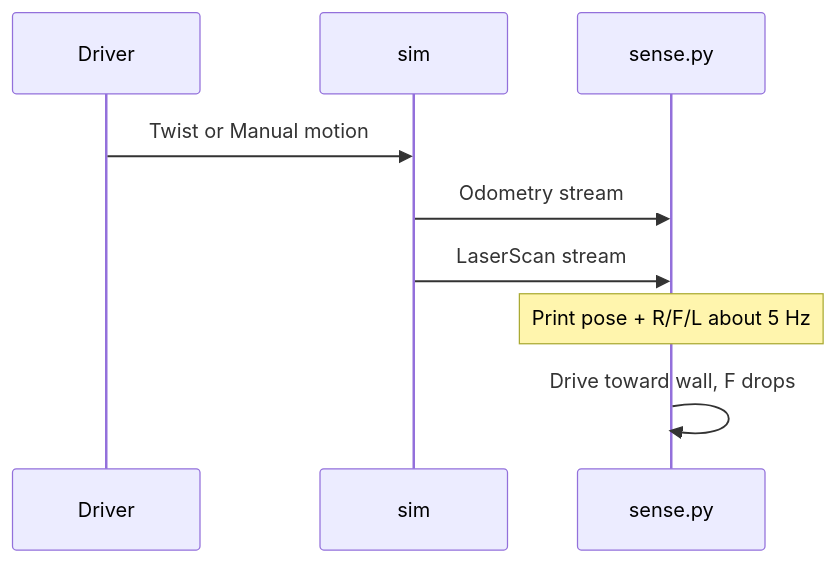
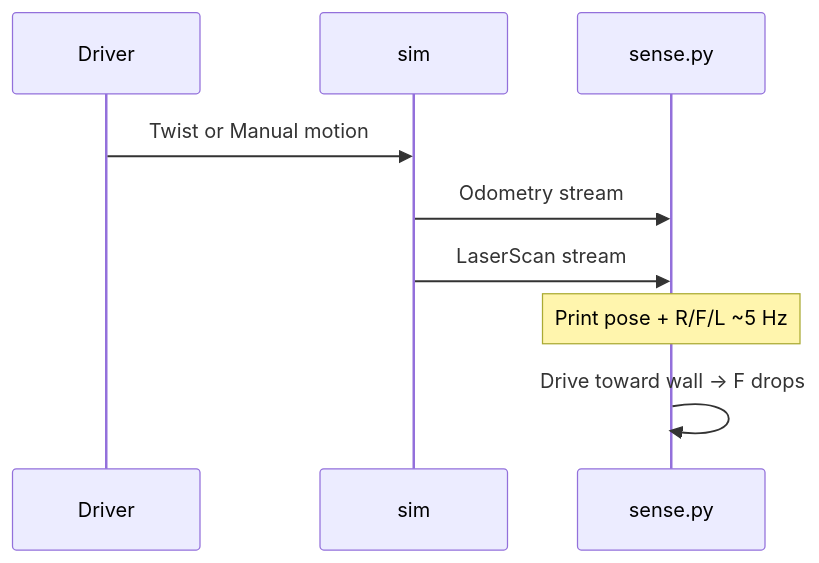
Before and after one commit to drsanti/robotos-workshop: the second of 2 diagrams in ebook/src/chapters/ch03-odometry-scan.md, drawn with Mermaid. The commit also changed 122 other files, not shown here.

````diff
--- a/ebook/src/chapters/ch03-odometry-scan.md
+++ b/ebook/src/chapters/ch03-odometry-scan.md
@@ -69,11 +69,11 @@
 ```mermaid
 sequenceDiagram
   participant D as Driver
   participant S as sim
   participant N as sense.py
   D->>S: Twist or Manual motion
   S->>N: Odometry stream
   S->>N: LaserScan stream
-  Note over N: Print pose + R/F/L about 5 Hz
-  N->>N: Drive toward wall, F drops
+  Note over N: Print pose + R/F/L ~5 Hz
+  N->>N: Drive toward wall -> F drops
 ```
````
